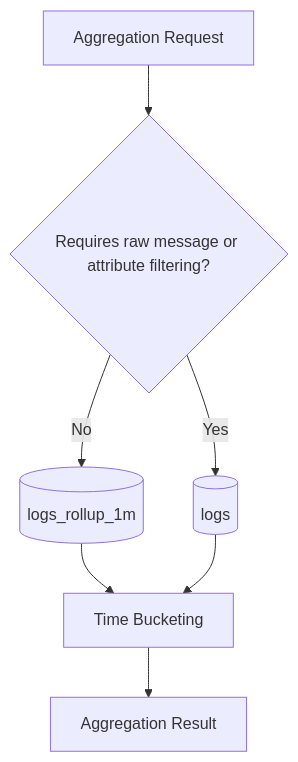
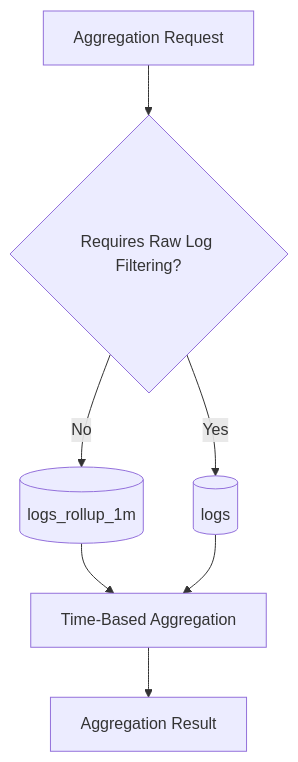
One commit to JanaThuluth/log-ingestion-service-final changed the eighth of 10 diagrams in README.md. Above: the diagram before and after it, drawn with Mermaid. The commit also changed other lines of this file, not shown here.

````diff
--- a/README.md
+++ b/README.md
@@ -547,23 +623,25 @@
 ```mermaid
 flowchart TD
 
-    Query["Aggregation Request"]
+    Request["Aggregation Request"]
 
-    Conditions{"Requires raw message or attribute filtering?"}
+    Filter{"Requires Raw Log Filtering?"}
 
     Rollup[("logs_rollup_1m")]
+
     Raw[("logs")]
 
-    Bucket["Time Bucketing"]
+    Aggregate["Time-Based Aggregation"]
+
     Result["Aggregation Result"]
 
-    Query --> Conditions
+    Request --> Filter
 
-    Conditions -->|No| Rollup
-    Conditions -->|Yes| Raw
+    Filter -->|No| Rollup
+    Filter -->|Yes| Raw
 
-    Rollup --> Bucket
-    Raw --> Bucket
+    Rollup --> Aggregate
+    Raw --> Aggregate
 
-    Bucket --> Result
+    Aggregate --> Result
 ```
````
